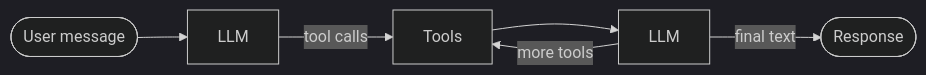
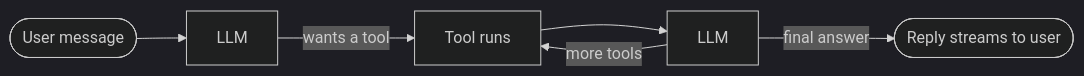
The first of 3 diagrams in README.md (Corza-AI/corza-agent-framework), drawn with Mermaid (dark theme) before and after one commit. The commit also changed other lines of this file, not shown here.

First line of the commit message:
docs(readme): rewrite for clarity — plainer language, narrative flow, progressive disclosure

````diff
--- a/README.md
+++ b/README.md
@@ -146,8 +116,8 @@
 ```mermaid
 flowchart LR
     U([User message]) --> L1[LLM]
-    L1 -->|tool calls| T[Tools]
+    L1 -->|wants a tool| T[Tool runs]
     T --> L2[LLM]
     L2 -->|more tools| T
-    L2 -->|final text| R([Response])
+    L2 -->|final answer| R([Reply streams to user])
 ```
````
